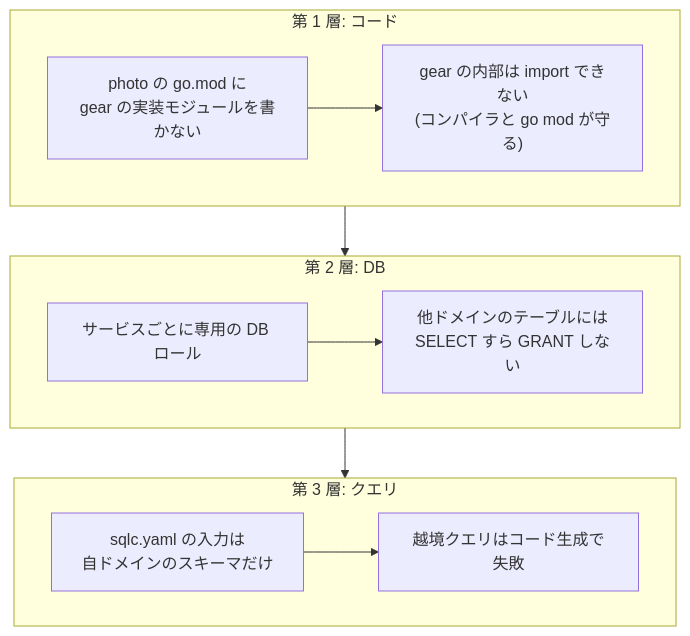
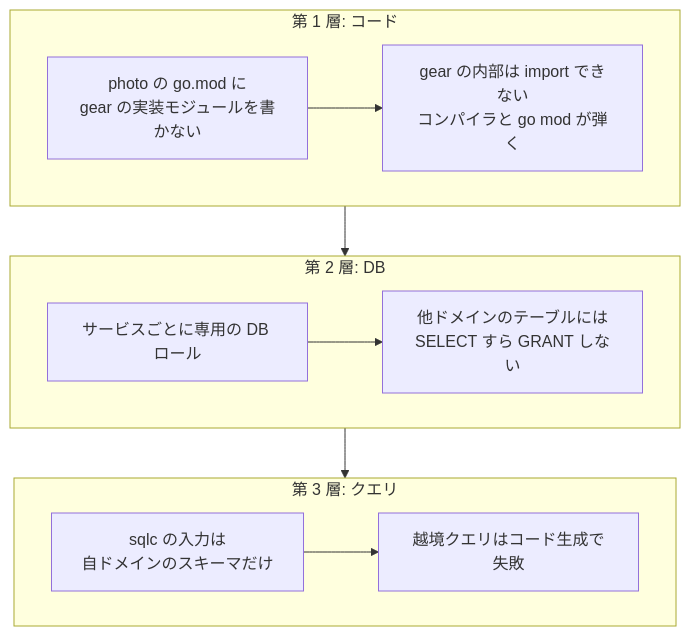
The eighth of 14 diagrams in src/content/blog/online-migration-and-deploy-isolation.mdx (rikukaInoue/rikukadev), drawn with Mermaid before and after one commit. The commit also changed other lines of this file, not shown here.

````diff
--- a/src/content/blog/online-migration-and-deploy-isolation.mdx
+++ b/src/content/blog/online-migration-and-deploy-isolation.mdx
@@ -294,13 +423,13 @@
 ```mermaid
 graph TB
     subgraph L1["第 1 層: コード"]
-        C1["photo の go.mod に<br/>gear の実装モジュールを書かない"] --> C2["gear の内部は import できない<br/>(コンパイラと go mod が守る)"]
+        C1["photo の go.mod に<br/>gear の実装モジュールを書かない"] --> C2["gear の内部は import できない<br/>コンパイラと go mod が弾く"]
     end
     subgraph L2["第 2 層: DB"]
         D1["サービスごとに専用の DB ロール"] --> D2["他ドメインのテーブルには<br/>SELECT すら GRANT しない"]
     end
     subgraph L3["第 3 層: クエリ"]
-        Q1["sqlc.yaml の入力は<br/>自ドメインのスキーマだけ"] --> Q2["越境クエリはコード生成で失敗"]
+        Q1["sqlc の入力は<br/>自ドメインのスキーマだけ"] --> Q2["越境クエリはコード生成で失敗"]
     end
     L1 --> L2 --> L3
 ```
````
